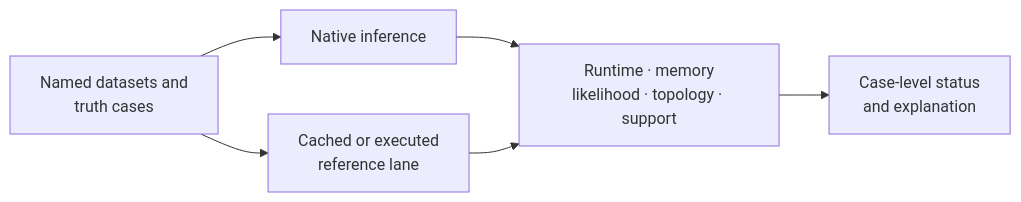
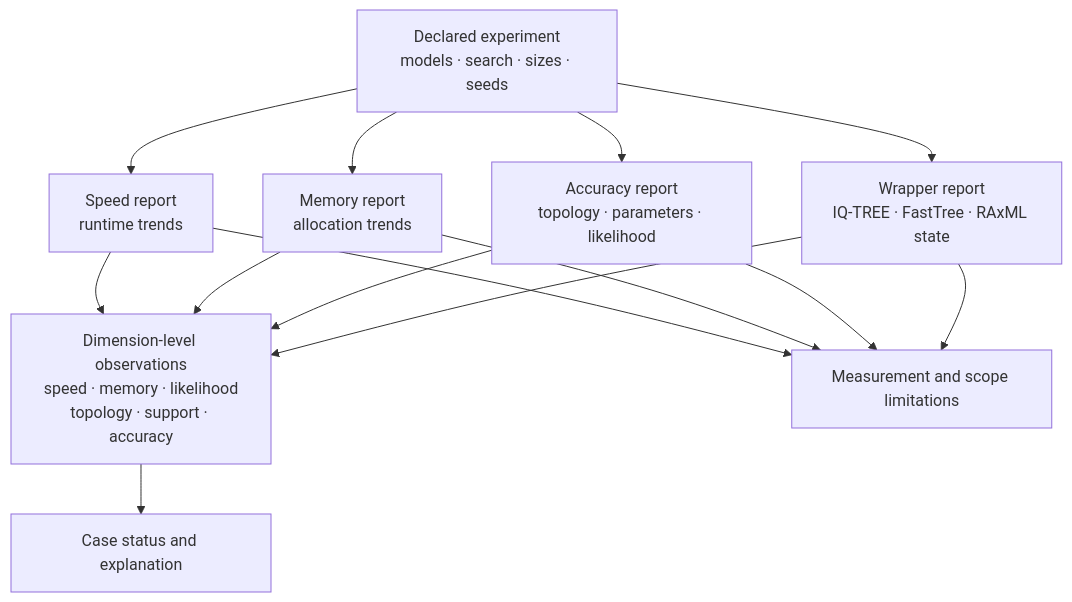
The diagram in docs/01-bijux-phylogenetics/quality/native-benchmark-evidence.md (bijux/bijux-phylogenetics), drawn with Mermaid before and after one commit. The commit also changed other lines of this file and 2 other files, not shown here.

````diff
--- a/docs/01-bijux-phylogenetics/quality/native-benchmark-evidence.md
+++ b/docs/01-bijux-phylogenetics/quality/native-benchmark-evidence.md
@@ -17,12 +18,21 @@
 ```mermaid
-flowchart LR
-    corpus["Named datasets and<br/>truth cases"]
-    native["Native inference"]
-    reference["Cached or executed<br/>reference lane"]
-    metrics["Runtime · memory<br/>likelihood · topology · support"]
-    status["Case-level status<br/>and explanation"]
+flowchart TD
+    design["Declared experiment<br/>models · search · sizes · seeds"]
+    scaling["Speed report<br/>runtime trends"]
+    memory["Memory report<br/>allocation trends"]
+    truth["Accuracy report<br/>topology · parameters · likelihood"]
+    wrapper["Wrapper report<br/>IQ-TREE · FastTree · RAxML state"]
+    observations["Dimension-level observations<br/>speed · memory · likelihood<br/>topology · support · accuracy"]
+    status["Case status and explanation"]
+    limitations["Measurement and scope limitations"]
 
-    corpus --> native --> metrics
-    corpus --> reference --> metrics
-    metrics --> status
+    design --> scaling --> observations
+    design --> memory --> observations
+    design --> truth --> observations
+    design --> wrapper --> observations
+    observations --> status
+    scaling --> limitations
+    memory --> limitations
+    truth --> limitations
+    wrapper --> limitations
 ```
````
